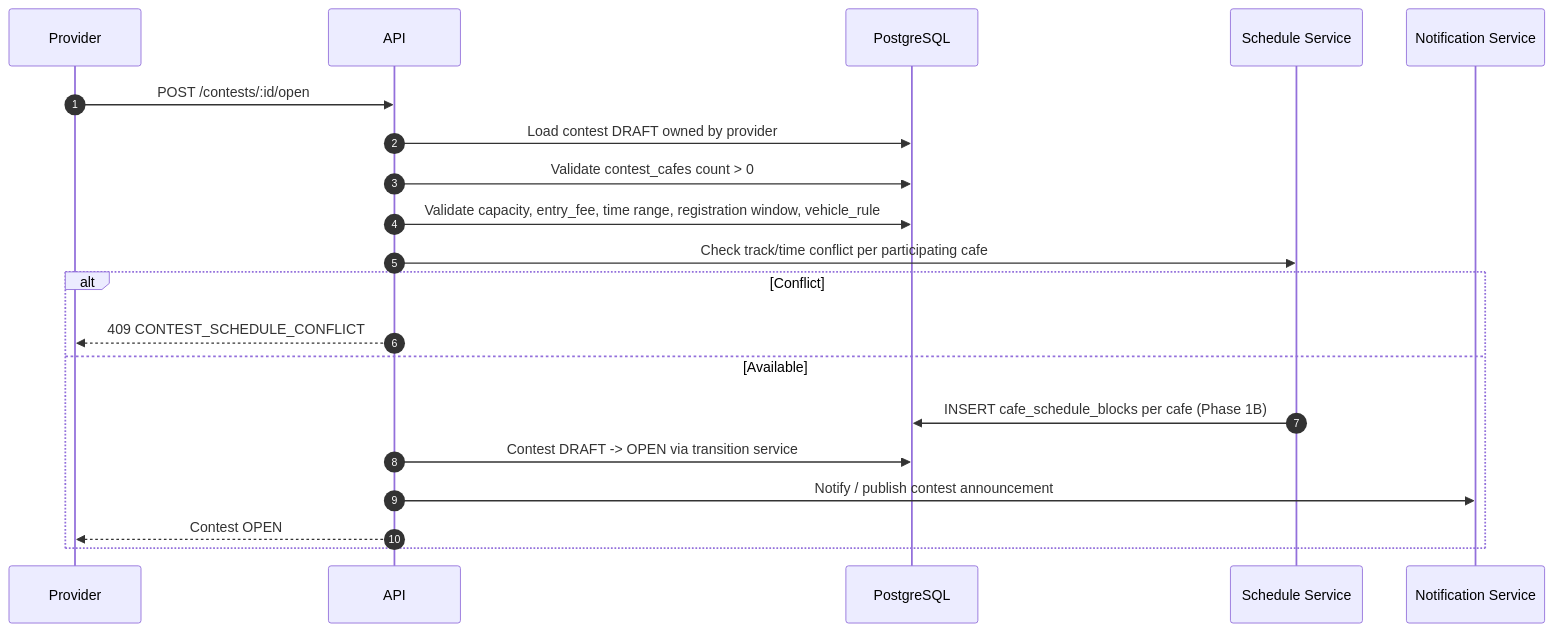
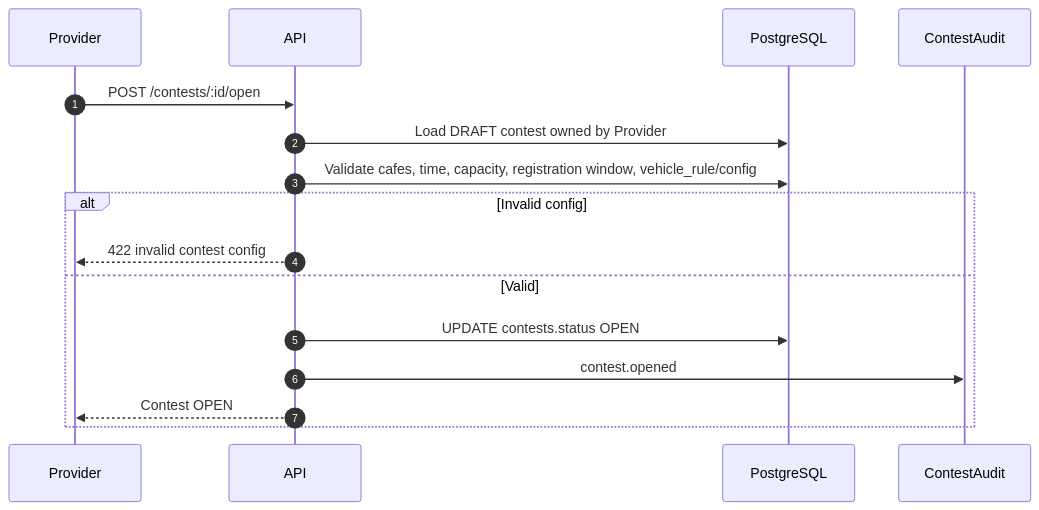
One commit to RCField-SEP490/rcfield-spec changed the second of 10 diagrams in docs/diagrams/sequence/sequence-flow-contest-lifecycle.md. Above: the diagram before and after it, drawn with Mermaid. The commit also changed other lines of this file and 8 other files, not shown here.

````diff
--- a/docs/diagrams/sequence/sequence-flow-contest-lifecycle.md
+++ b/docs/diagrams/sequence/sequence-flow-contest-lifecycle.md
@@ -66,23 +56,19 @@
 ```mermaid
 sequenceDiagram
     autonumber
     participant P as Provider
     participant API as API
     participant DB as PostgreSQL
-    participant S as Schedule Service
-    participant N as Notification Service
+    participant Audit as ContestAudit
 
     P->>API: POST /contests/:id/open
-    API->>DB: Load contest DRAFT owned by provider
-    API->>DB: Validate contest_cafes count > 0
-    API->>DB: Validate capacity, entry_fee, time range, registration window, vehicle_rule
-    API->>S: Check track/time conflict per participating cafe
-    alt Conflict
-        API-->>P: 409 CONTEST_SCHEDULE_CONFLICT
-    else Available
-        S->>DB: INSERT cafe_schedule_blocks per cafe (Phase 1B)
-        API->>DB: Contest DRAFT -> OPEN via transition service
-        API->>N: Notify / publish contest announcement
+    API->>DB: Load DRAFT contest owned by Provider
+    API->>DB: Validate cafes, time, capacity, registration window, vehicle_rule/config
+    alt Invalid config
+        API-->>P: 422 invalid contest config
+    else Valid
+        API->>DB: UPDATE contests.status OPEN
+        API->>Audit: contest.opened
         API-->>P: Contest OPEN
     end
 ```
````
